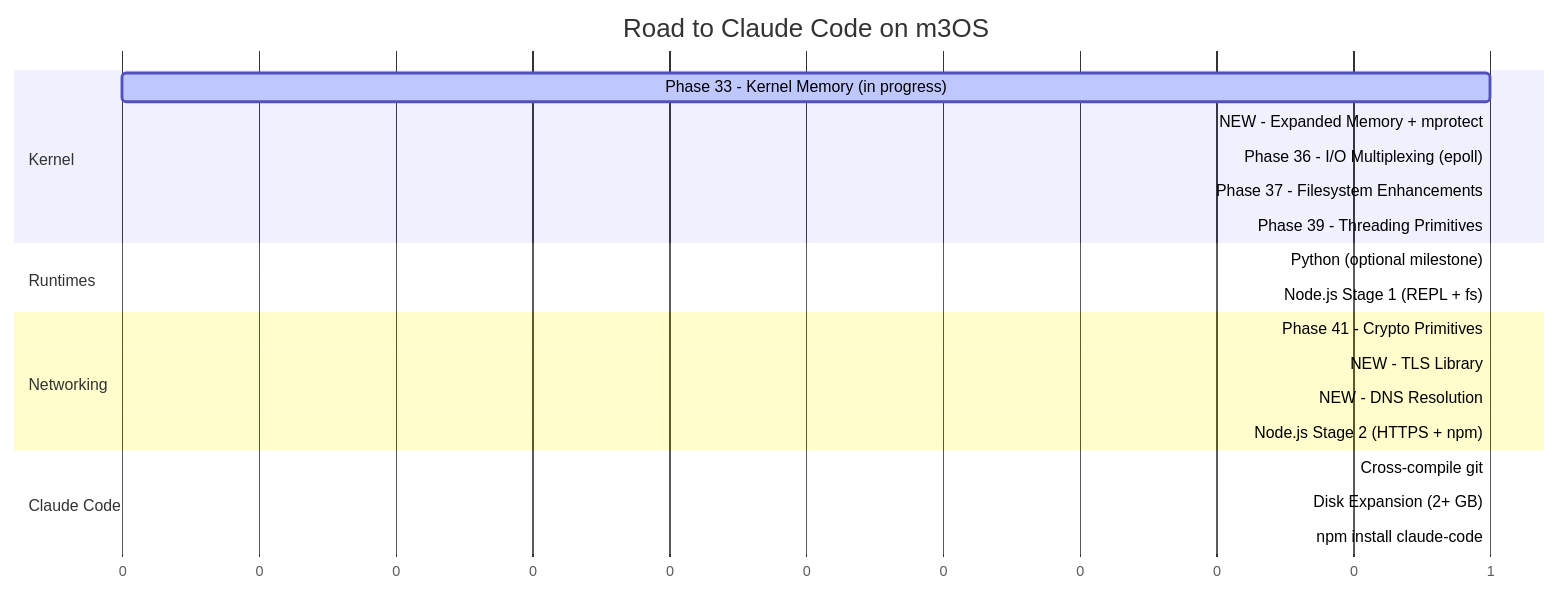
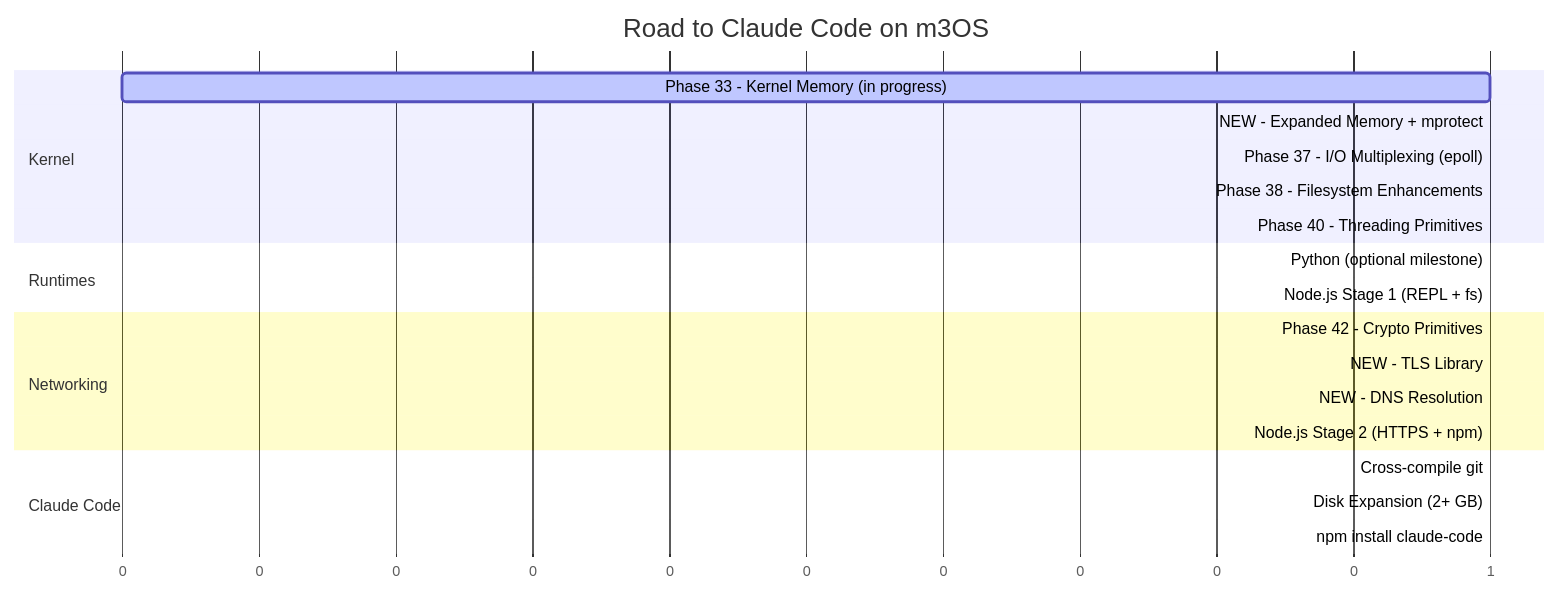
The fifth of 5 diagrams in docs/claude-code-roadmap.md (mikecubed/m3OS), drawn with Mermaid before and after one commit. The commit also changed other lines of this file and 34 other files, not shown here.

````diff
--- a/docs/claude-code-roadmap.md
+++ b/docs/claude-code-roadmap.md
@@ -331,28 +331,28 @@
 ```mermaid
 gantt
     title Road to Claude Code on m3OS
     dateFormat X
     axisFormat %s
 
     section Kernel
     Phase 33 - Kernel Memory (in progress)     :active, p33, 0, 1
     NEW - Expanded Memory + mprotect           :crit, em, after p33, 1
-    Phase 36 - I/O Multiplexing (epoll)        :crit, p36, after em, 1
-    Phase 37 - Filesystem Enhancements         :p37, after em, 1
-    Phase 39 - Threading Primitives            :crit, p39, after p36, 1
+    Phase 37 - I/O Multiplexing (epoll)        :crit, p36, after em, 1
+    Phase 38 - Filesystem Enhancements         :p37, after em, 1
+    Phase 40 - Threading Primitives            :crit, p39, after p36, 1
 
     section Runtimes
     Python (optional milestone)                :py, after em, 1
     Node.js Stage 1 (REPL + fs)               :crit, node1, after p39, 1
 
     section Networking
-    Phase 41 - Crypto Primitives               :p41, after node1, 1
+    Phase 42 - Crypto Primitives               :p41, after node1, 1
     NEW - TLS Library                          :crit, tls, after p41, 1
     NEW - DNS Resolution                       :dns, after tls, 1
     Node.js Stage 2 (HTTPS + npm)             :crit, node2, after dns, 1
 
     section Claude Code
     Cross-compile git                          :git, after p37, 1
     Disk Expansion (2+ GB)                     :disk, after node2, 1
     npm install claude-code                    :crit, cc, after disk, 1
 ```
````
